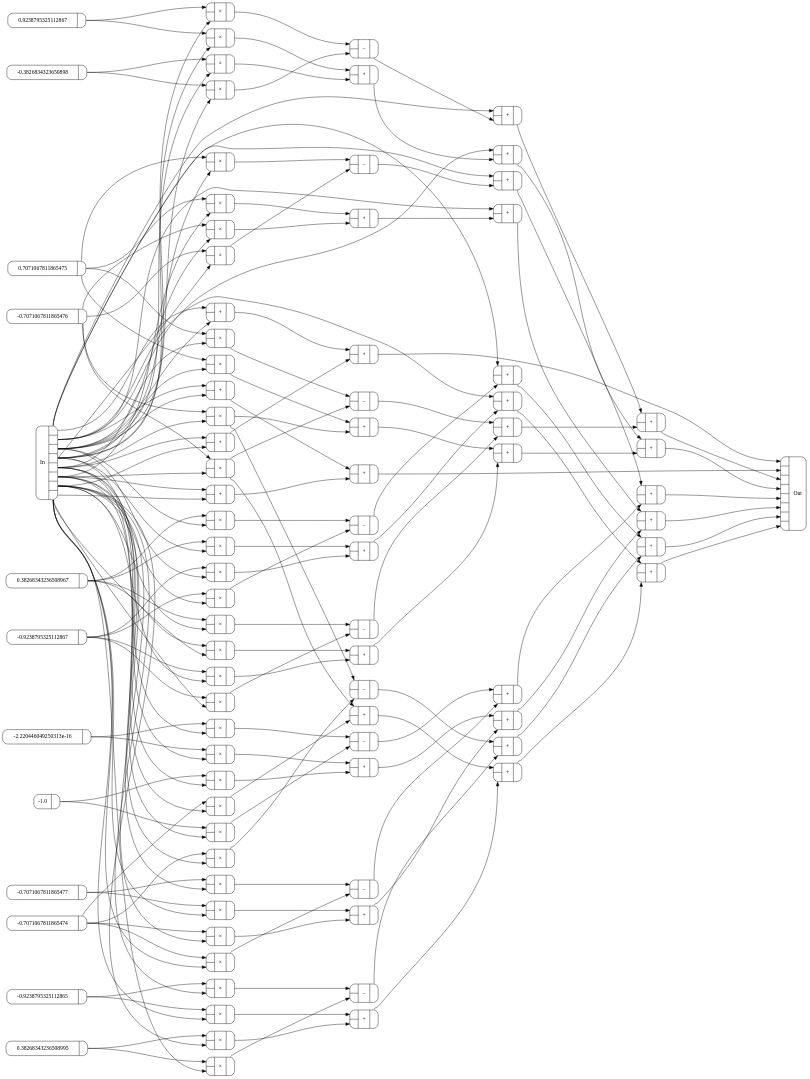
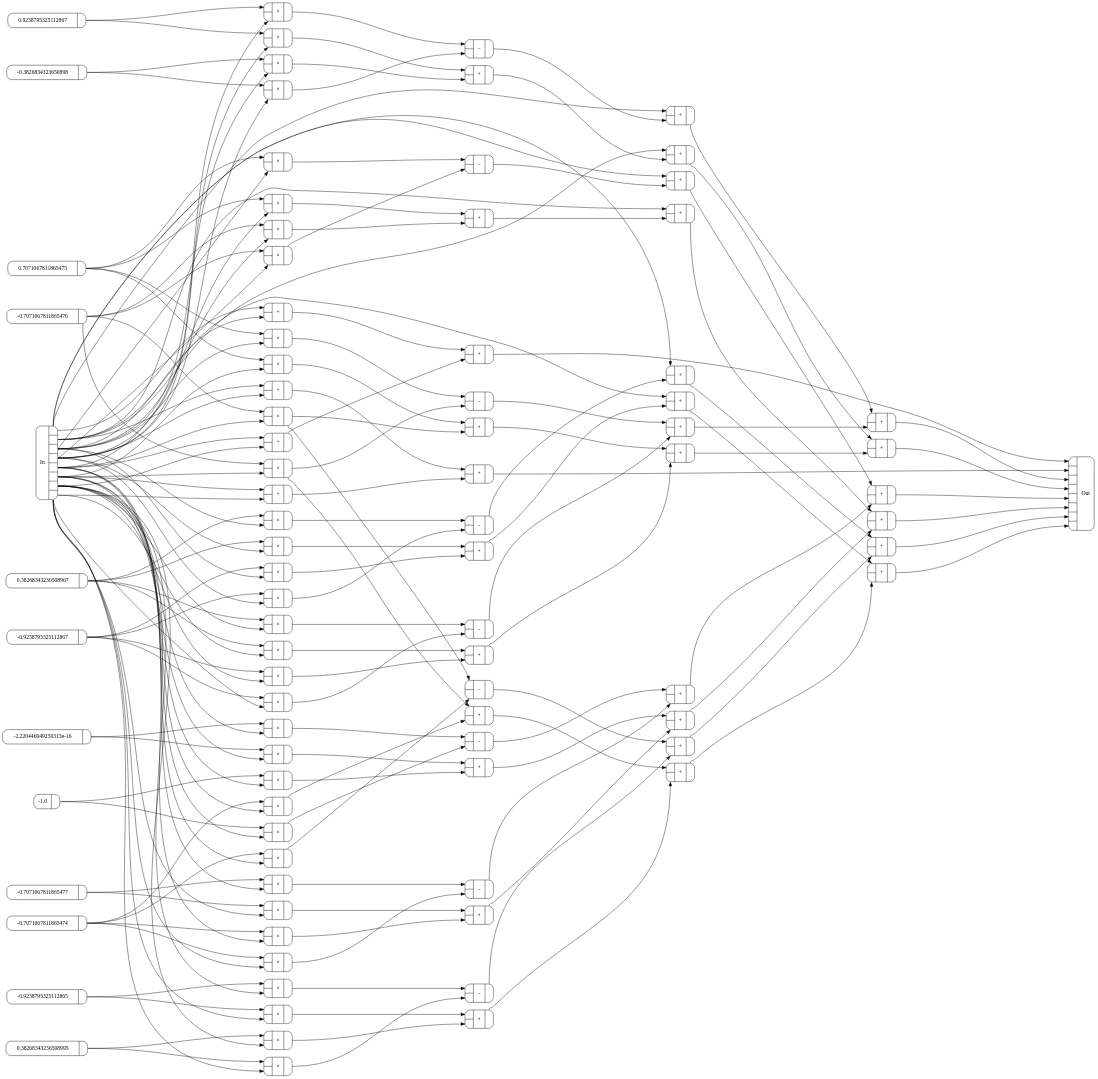
Before and after one commit to conal/talk-2016-generic-fft: the diagram in Figures/circuits/dft-rb2.dot, drawn with Graphviz.

```diff
--- a/Figures/circuits/dft-rb2.dot
+++ b/Figures/circuits/dft-rb2.dot
@@ -3,7 +3,7 @@
   node [shape=Mrecord];
   bgcolor=transparent;
   nslimit=20;
-  ranksep="4.0";
+  ranksep="6.0";
   c0 [label="{{<In0>|<In1>}|+|{<Out0>}}"];
   c1 [label="{{<In0>|<In1>}|+|{<Out0>}}"];
   c2 [label="{{<In0>|<In1>}|+|{<Out0>}}"];
```
